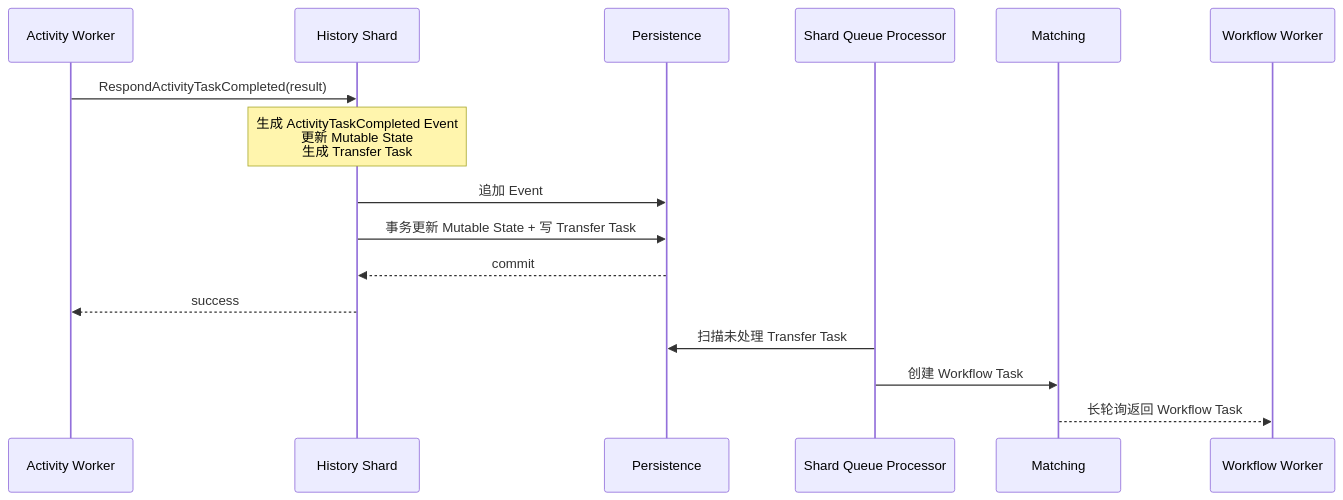
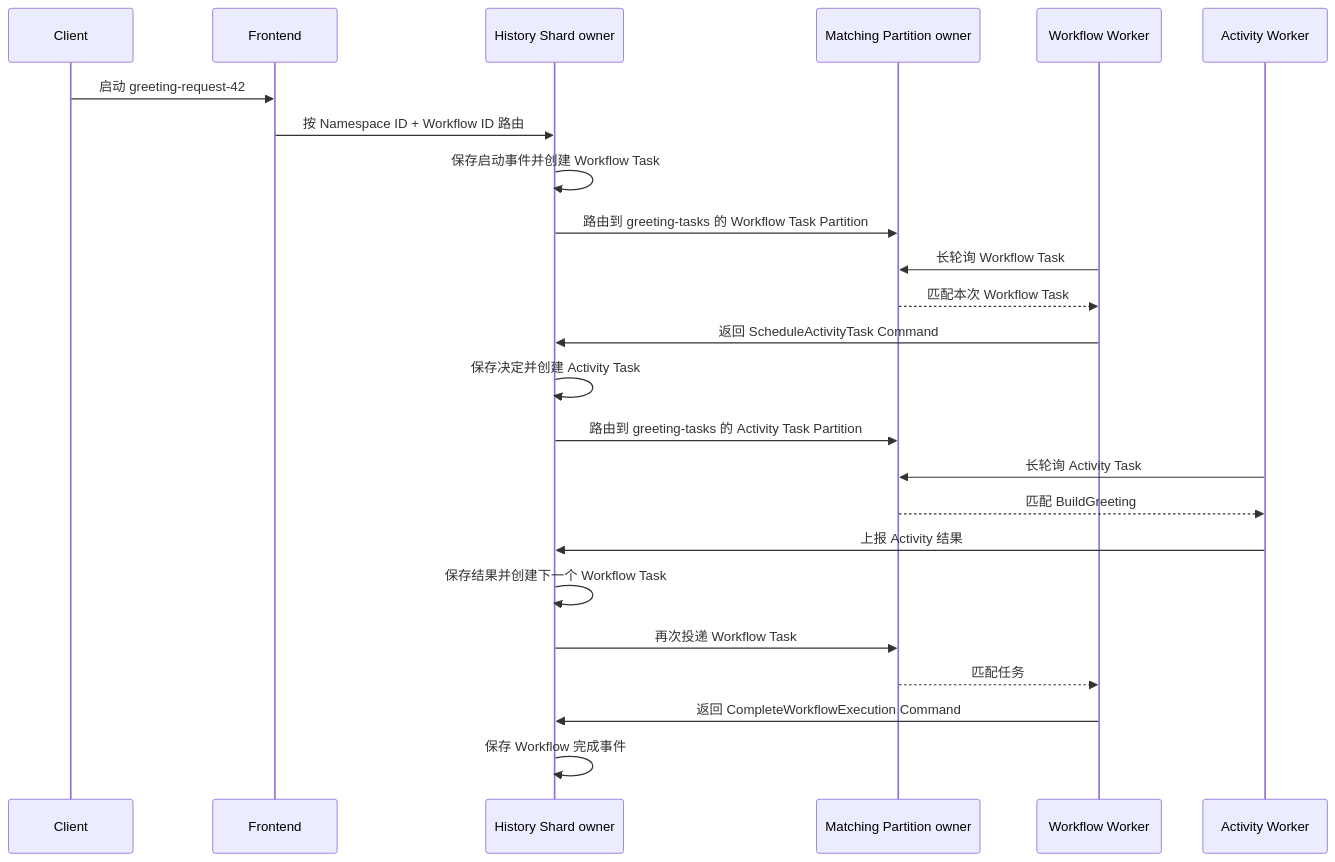
The second of 2 diagrams in posts/microservices/workflow/021_temporal.md (hotttao/backup), drawn with Mermaid before and after one commit. The commit also changed other lines of this file and 2 other files, not shown here.

````diff
--- a/posts/microservices/workflow/021_temporal.md
+++ b/posts/microservices/workflow/021_temporal.md
@@ -732,19 +234,27 @@
 ```mermaid
 sequenceDiagram
+    participant C as Client
+    participant F as Frontend
+    participant H as History Shard owner
+    participant M as Matching Partition owner
+    participant WW as Workflow Worker
     participant AW as Activity Worker
-    participant H as History Shard
-    participant P as Persistence
-    participant Q as Shard Queue Processor
-    participant M as Matching
-    participant WW as Workflow Worker
 
-    AW->>H: RespondActivityTaskCompleted(result)
-    Note over H: 生成 ActivityTaskCompleted Event<br/>更新 Mutable State<br/>生成 Transfer Task
-    H->>P: 追加 Event
-    H->>P: 事务更新 Mutable State + 写 Transfer Task
-    P-->>H: commit
-    H-->>AW: success
-    Q->>P: 扫描未处理 Transfer Task
-    Q->>M: 创建 Workflow Task
-    M-->>WW: 长轮询返回 Workflow Task
+    C->>F: 启动 greeting-request-42
+    F->>H: 按 Namespace ID + Workflow ID 路由
+    H->>H: 保存启动事件并创建 Workflow Task
+    H->>M: 路由到 greeting-tasks 的 Workflow Task Partition
+    WW->>M: 长轮询 Workflow Task
+    M-->>WW: 匹配本次 Workflow Task
+    WW->>H: 返回 ScheduleActivityTask Command
+    H->>H: 保存决定并创建 Activity Task
+    H->>M: 路由到 greeting-tasks 的 Activity Task Partition
+    AW->>M: 长轮询 Activity Task
+    M-->>AW: 匹配 BuildGreeting
+    AW->>H: 上报 Activity 结果
+    H->>H: 保存结果并创建下一个 Workflow Task
+    H->>M: 再次投递 Workflow Task
+    M-->>WW: 匹配任务
+    WW->>H: 返回 CompleteWorkflowExecution Command
+    H->>H: 保存 Workflow 完成事件
 ```
````
